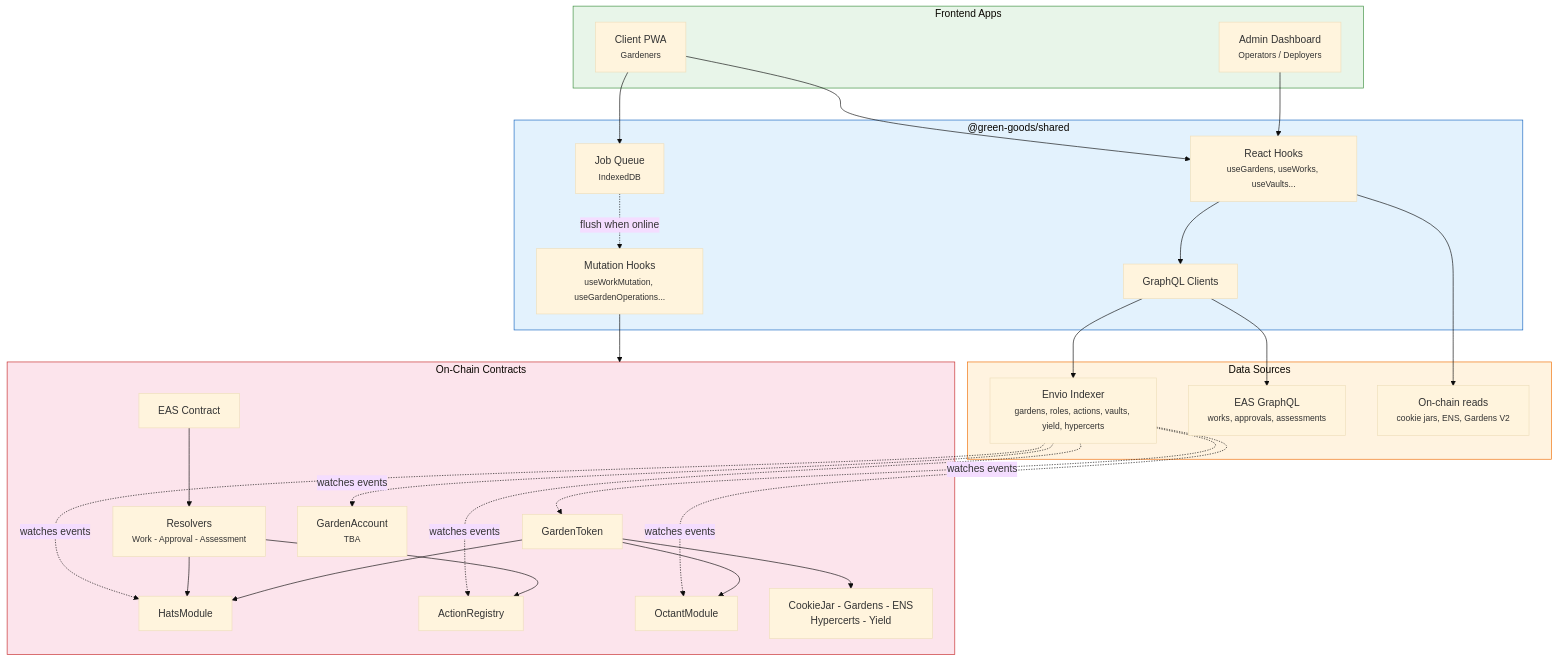
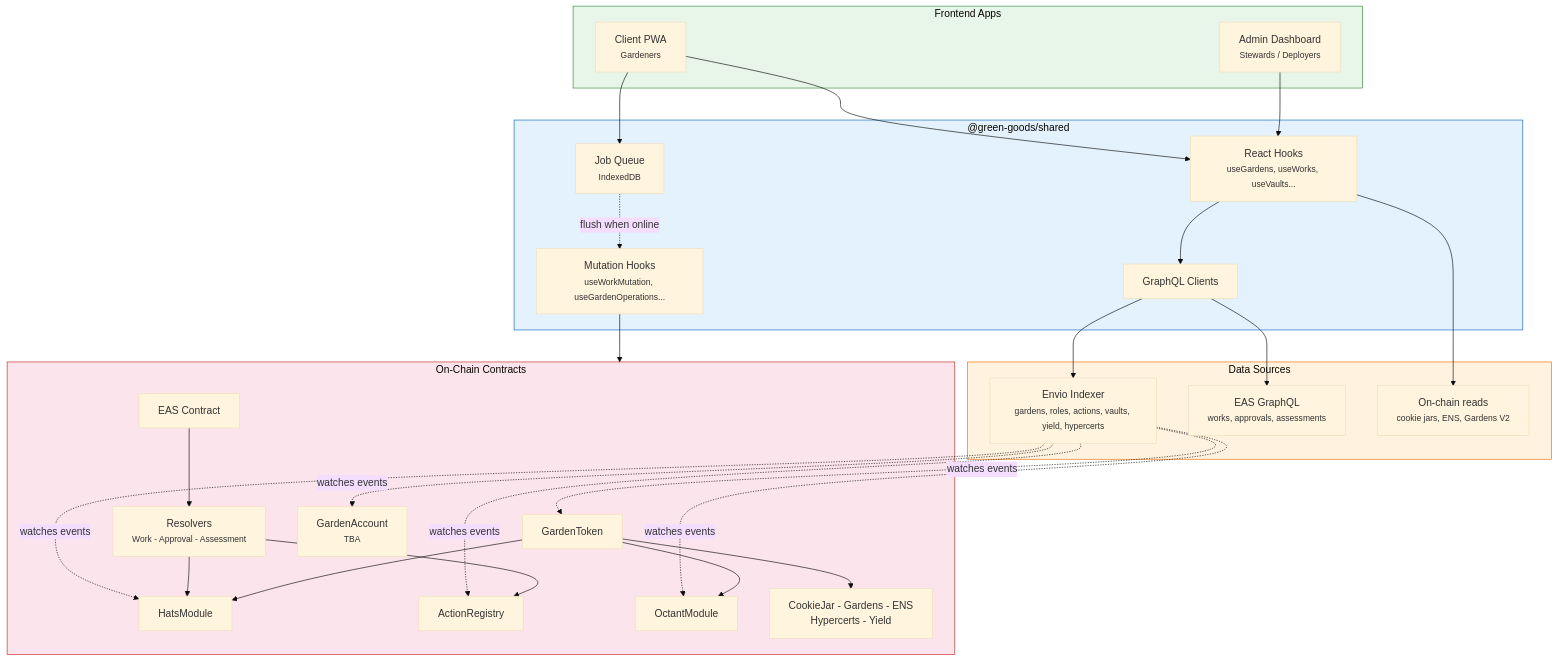
One commit to greenpill-dev-guild/green-goods changed the diagram in docs/docs/builders/architecture.mdx. Above: the diagram before and after it, drawn with Mermaid (base theme). The commit also changed other lines of this file and 447 other files, not shown here.

````diff
--- a/docs/docs/builders/architecture.mdx
+++ b/docs/docs/builders/architecture.mdx
@@ -51,59 +51,59 @@
 ```mermaid
 graph TB
     subgraph Clients["Frontend Apps"]
         PWA["Client PWA<br/><small>Gardeners</small>"]
-        Admin["Admin Dashboard<br/><small>Operators / Deployers</small>"]
+        Admin["Admin Dashboard<br/><small>Stewards / Deployers</small>"]
     end
 
     subgraph Shared["@green-goods/shared"]
         Hooks["React Hooks<br/><small>useGardens, useWorks, useVaults...</small>"]
         GQL["GraphQL Clients"]
         JQ["Job Queue<br/><small>IndexedDB</small>"]
         Mutations["Mutation Hooks<br/><small>useWorkMutation, useGardenOperations...</small>"]
     end
 
     subgraph Data["Data Sources"]
         Envio["Envio Indexer<br/><small>gardens, roles, actions, vaults, yield, hypercerts</small>"]
         EAS_GQL["EAS GraphQL<br/><small>works, approvals, assessments</small>"]
         RPC["On-chain reads<br/><small>cookie jars, ENS, Gardens V2</small>"]
     end
 
     subgraph Chain["On-Chain Contracts"]
         GT["GardenToken"]
         Hats["HatsModule"]
         AR["ActionRegistry"]
         EAS["EAS Contract"]
         Octant["OctantModule"]
         Resolvers["Resolvers<br/><small>Work - Approval - Assessment</small>"]
         GA["GardenAccount<br/><small>TBA</small>"]
         Other["CookieJar - Gardens - ENS<br/>Hypercerts - Yield"]
     end
 
     PWA --> Hooks
     Admin --> Hooks
     Hooks --> GQL
     PWA --> JQ
     GQL --> Envio
     GQL --> EAS_GQL
     Hooks --> RPC
     Mutations --> Chain
     JQ -.->|flush when online| Mutations
 
     Envio -.->|watches events| GT
     Envio -.->|watches events| Hats
     Envio -.->|watches events| AR
     Envio -.->|watches events| Octant
     Envio -.->|watches events| GA
 
     EAS --> Resolvers
     Resolvers --> Hats
     Resolvers --> AR
     GT --> Hats
     GT --> Octant
     GT --> Other
 
     style Clients fill:#e8f5e9,stroke:#388e3c
     style Shared fill:#e3f2fd,stroke:#1565c0
     style Data fill:#fff3e0,stroke:#ef6c00
     style Chain fill:#fce4ec,stroke:#c62828
 ```
````
